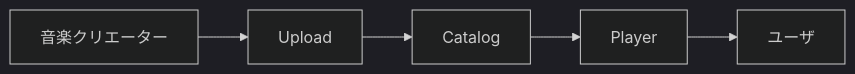
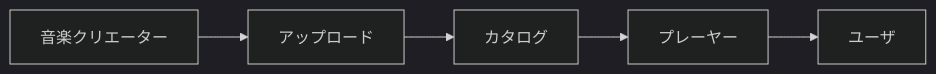
One commit to ShigeichiroYamasaki/creator-first-platform changed the tenth of 47 diagrams in docs/whitepaper/13-roadmap.md. Above: the diagram before and after it, drawn with Mermaid (dark theme). The commit also changed other lines of this file and 72 other files, not shown here.

````diff
--- a/docs/whitepaper/13-roadmap.md
+++ b/docs/whitepaper/13-roadmap.md
@@ -287,10 +287,10 @@
 ```mermaid
 flowchart LR
     CREATOR[音楽クリエーター]
-    UPLOAD[Upload]
-    CATALOG[Catalog]
-    PLAYER[Player]
+    UPLOAD[アップロード]
+    CATALOG[カタログ]
+    PLAYER[プレーヤー]
     USER[ユーザ]
 
     CREATOR --> UPLOAD --> CATALOG --> PLAYER --> USER
 ```
````
